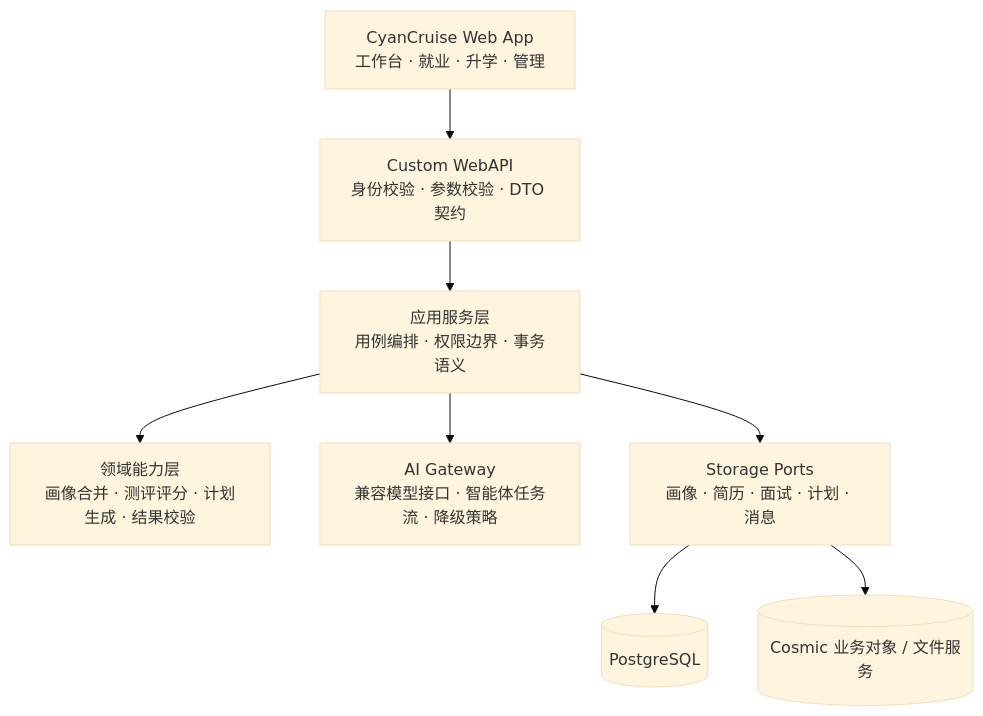
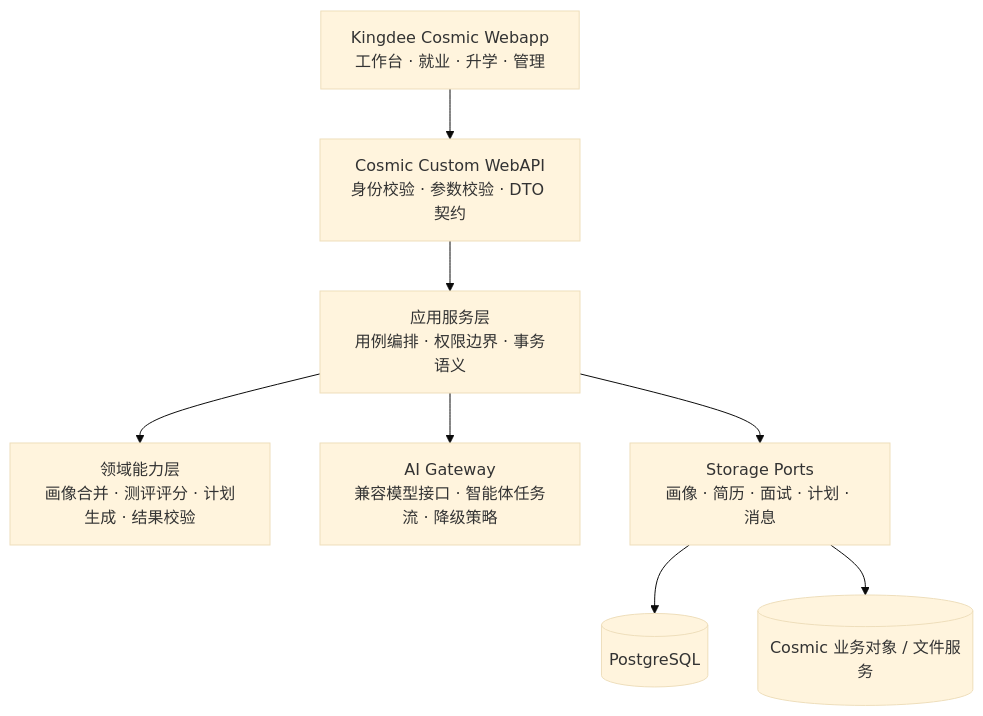
One commit to GoForth362/CyanCruise changed the first of 2 diagrams in README.md. Above: the diagram before and after it, drawn with Mermaid (base theme). The commit also changed other lines of this file and 31 other files, not shown here.

````diff
--- a/README.md
+++ b/README.md
@@ -76,17 +93,17 @@
 ```mermaid
 flowchart TB
-    UI["CyanCruise Web App<br/>工作台 · 就业 · 升学 · 管理"]
-    API["Custom WebAPI<br/>身份校验 · 参数校验 · DTO 契约"]
+    UI["Kingdee Cosmic Webapp<br/>工作台 · 就业 · 升学 · 管理"]
+    API["Cosmic Custom WebAPI<br/>身份校验 · 参数校验 · DTO 契约"]
     APP["应用服务层<br/>用例编排 · 权限边界 · 事务语义"]
     DOMAIN["领域能力层<br/>画像合并 · 测评评分 · 计划生成 · 结果校验"]
     AI["AI Gateway<br/>兼容模型接口 · 智能体任务流 · 降级策略"]
     STORAGE["Storage Ports<br/>画像 · 简历 · 面试 · 计划 · 消息"]
     PG[("PostgreSQL")]
     COSMIC[("Cosmic 业务对象 / 文件服务")]
 
     UI --> API --> APP --> DOMAIN
     APP --> AI
     APP --> STORAGE
     STORAGE --> PG
     STORAGE --> COSMIC
 ```
````
